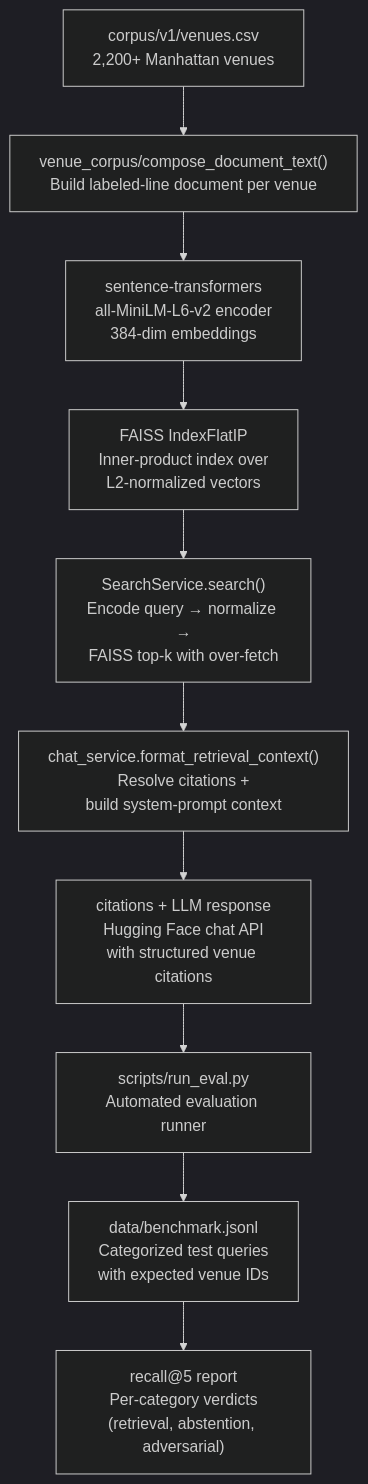
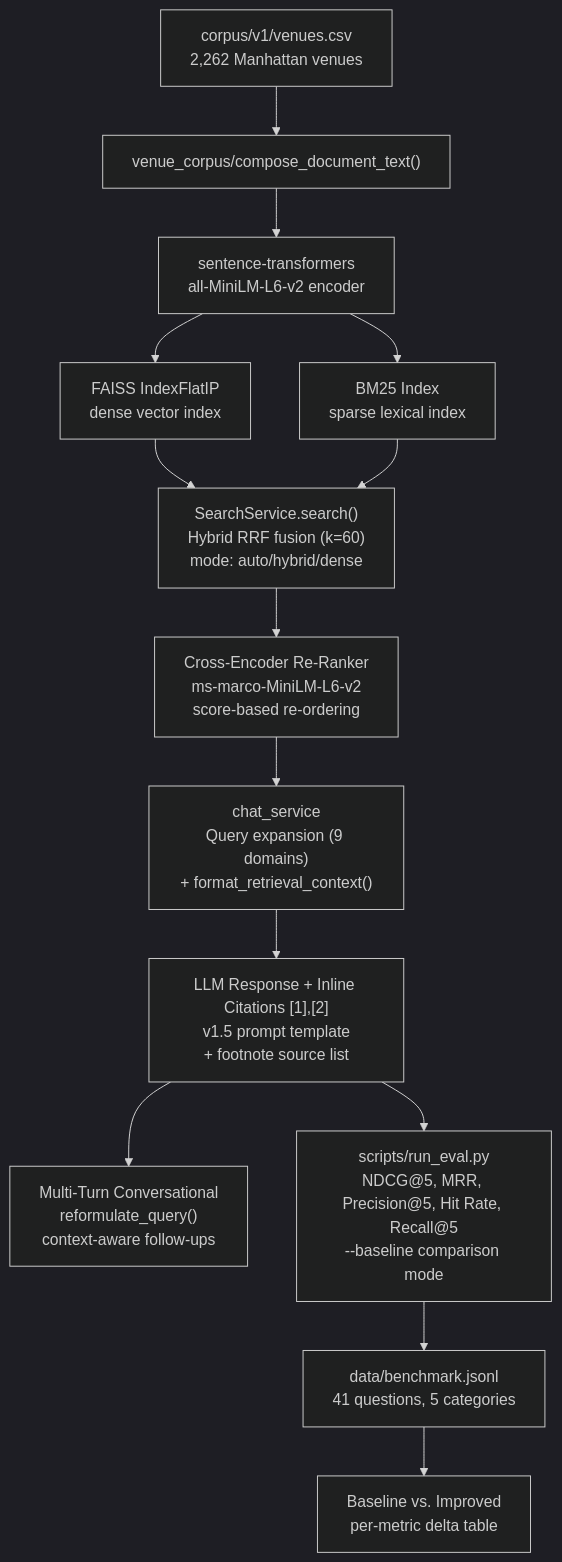
The diagram in docs/README.md (niallgiblin/team-2-COMP47360), drawn with Mermaid (dark theme) before and after one commit. The commit also changed other lines of this file and 12 other files, not shown here.

````diff
--- a/docs/README.md
+++ b/docs/README.md
@@ -32,12 +32,16 @@
 ```mermaid
 flowchart TD
-    A["corpus/v1/venues.csv<br/>2,200+ Manhattan venues"] --> B["venue_corpus/compose_document_text()<br/>Build labeled-line document per venue"]
-    B --> C["sentence-transformers<br/>all-MiniLM-L6-v2 encoder<br/>384-dim embeddings"]
-    C --> D["FAISS IndexFlatIP<br/>Inner-product index over<br/>L2-normalized vectors"]
-    D --> E["SearchService.search()<br/>Encode query → normalize →<br/>FAISS top-k with over-fetch"]
-    E --> F["chat_service.format_retrieval_context()<br/>Resolve citations +<br/>build system-prompt context"]
-    F --> G["citations + LLM response<br/>Hugging Face chat API<br/>with structured venue citations"]
-    G --> H["scripts/run_eval.py<br/>Automated evaluation runner"]
-    H --> I["data/benchmark.jsonl<br/>Categorized test queries<br/>with expected venue IDs"]
-    I --> J["recall@5 report<br/>Per-category verdicts<br/>(retrieval, abstention, adversarial)"]
+    A["corpus/v1/venues.csv<br/>2,262 Manhattan venues"] --> B["venue_corpus/compose_document_text()"]
+    B --> C["sentence-transformers<br/>all-MiniLM-L6-v2 encoder"]
+    C --> D["FAISS IndexFlatIP<br/>dense vector index"]
+    C --> D2["BM25 Index<br/>sparse lexical index"]
+    D --> E["SearchService.search()<br/>Hybrid RRF fusion (k=60)<br/>mode: auto/hybrid/dense"]
+    D2 --> E
+    E --> F["Cross-Encoder Re-Ranker<br/>ms-marco-MiniLM-L6-v2<br/>score-based re-ordering"]
+    F --> G["chat_service<br/>Query expansion (9 domains)<br/>+ format_retrieval_context()"]
+    G --> H["LLM Response + Inline Citations [1],[2]<br/>v1.5 prompt template<br/>+ footnote source list"]
+    H --> I["Multi-Turn Conversational<br/>reformulate_query()<br/>context-aware follow-ups"]
+    H --> J["scripts/run_eval.py<br/>NDCG@5, MRR, Precision@5, Hit Rate, Recall@5<br/>--baseline comparison mode"]
+    J --> K["data/benchmark.jsonl<br/>41 questions, 5 categories"]
+    K --> L["Baseline vs. Improved<br/>per-metric delta table"]
 ```
````
